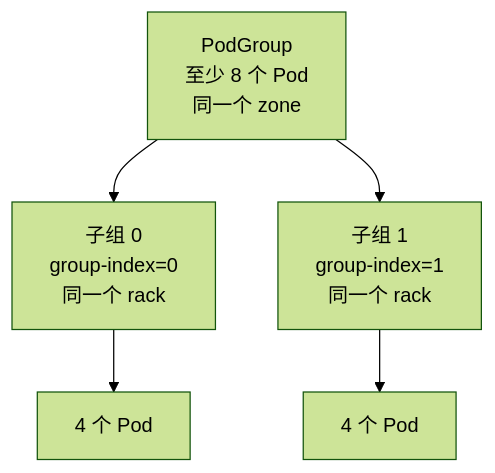
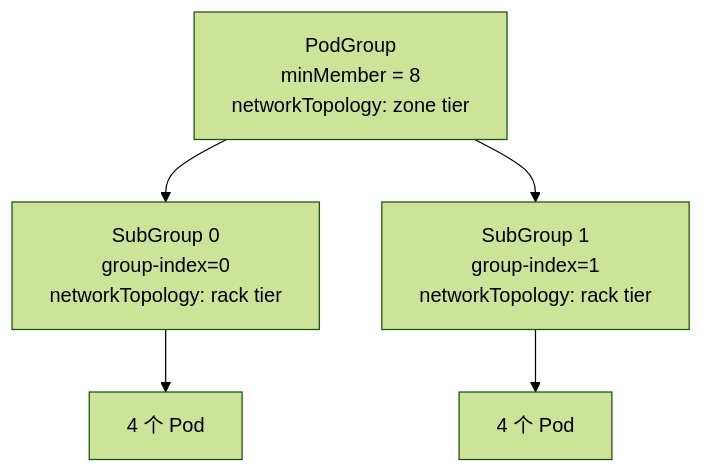
One commit to JesseStutler/volcano changed the fifth of 11 diagrams in docs/research/k8s-workload-aware-scheduling-vs-volcano-cn.md. Above: the diagram before and after it, drawn with Mermaid (forest theme). The commit also changed other lines of this file and 1 other file, not shown here.

````diff
--- a/docs/research/k8s-workload-aware-scheduling-vs-volcano-cn.md
+++ b/docs/research/k8s-workload-aware-scheduling-vs-volcano-cn.md
@@ -322,10 +245,10 @@
 ```mermaid
 flowchart TD
-    VPG["PodGroup<br/>至少 8 个 Pod<br/>同一个 zone"]
-    S0["子组 0<br/>group-index=0<br/>同一个 rack"]
-    S1["子组 1<br/>group-index=1<br/>同一个 rack"]
+    VPG["PodGroup<br/>minMember = 8<br/>networkTopology: zone tier"]
+    S0["SubGroup 0<br/>group-index=0<br/>networkTopology: rack tier"]
+    S1["SubGroup 1<br/>group-index=1<br/>networkTopology: rack tier"]
     VPG --> S0
     VPG --> S1
     S0 --> VP0["4 个 Pod"]
     S1 --> VP1["4 个 Pod"]
 ```
````
